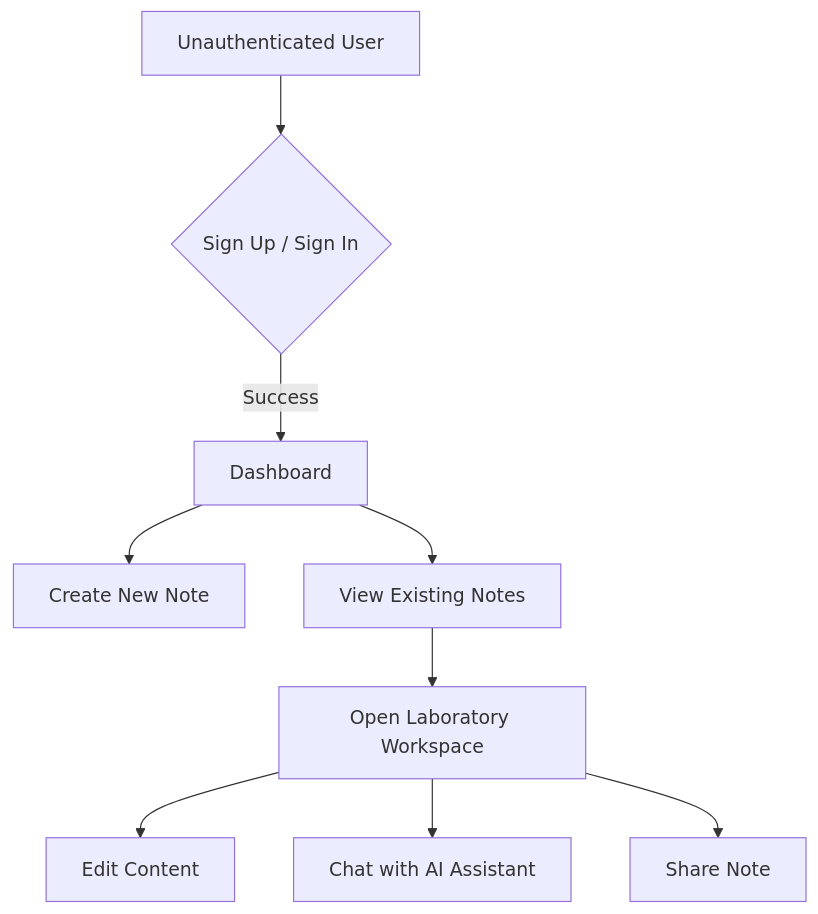
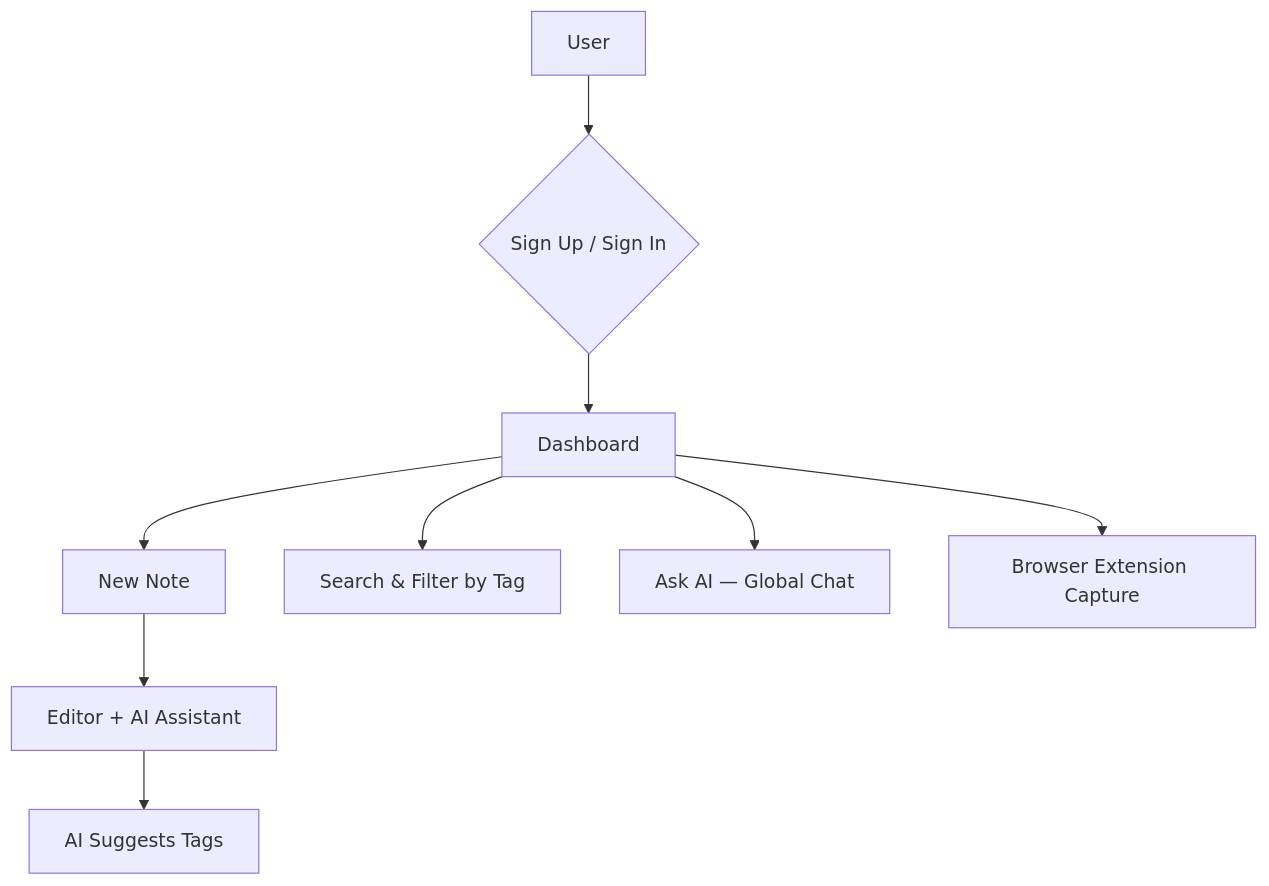
One commit to GEET3001/MemoryPal changed the first of 4 diagrams in README.md. Above: the diagram before and after it, drawn with Mermaid. The commit also changed other lines of this file and 11 other files, not shown here.

First line of the commit message:
feat: add search, tags, global AI chat, and browser extension

````diff
--- a/README.md
+++ b/README.md
@@ -16,11 +18,11 @@
 ```mermaid
 graph TD
-    A[Unauthenticated User] --> B{Sign Up / Sign In}
-    B -->|Success| C[Dashboard]
-    C --> D[Create New Note]
-    C --> E[View Existing Notes]
-    E --> F[Open Laboratory Workspace]
-    F --> G[Edit Content]
-    F --> H[Chat with AI Assistant]
-    F --> I[Share Note]
+    A[User] --> B{Sign Up / Sign In}
+    B --> C[Dashboard]
+    C --> D[New Note]
+    C --> E[Search & Filter by Tag]
+    C --> F[Ask AI — Global Chat]
+    D --> G[Editor + AI Assistant]
+    G --> H[AI Suggests Tags]
+    C --> I[Browser Extension Capture]
 ```
````
